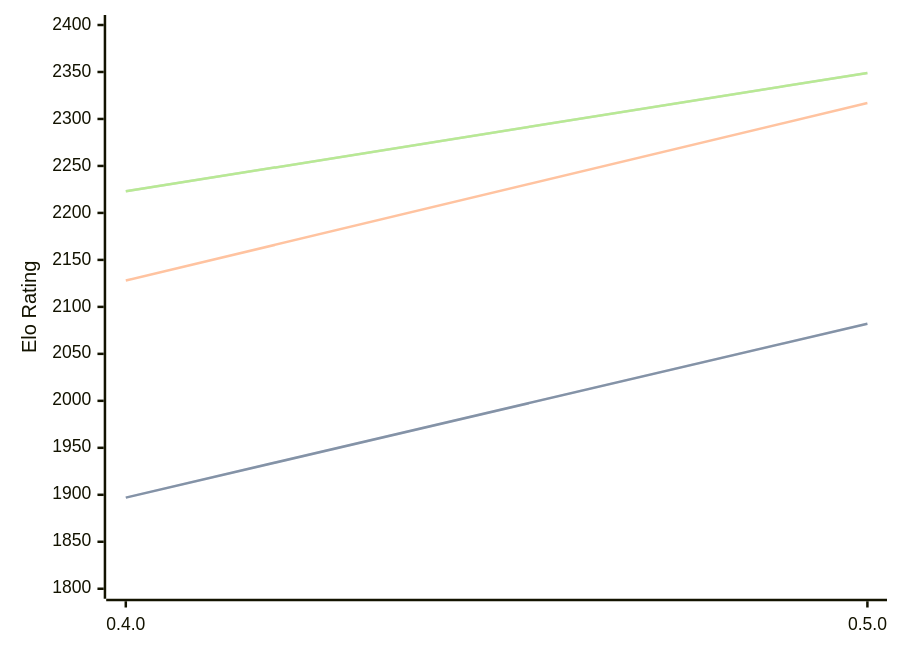
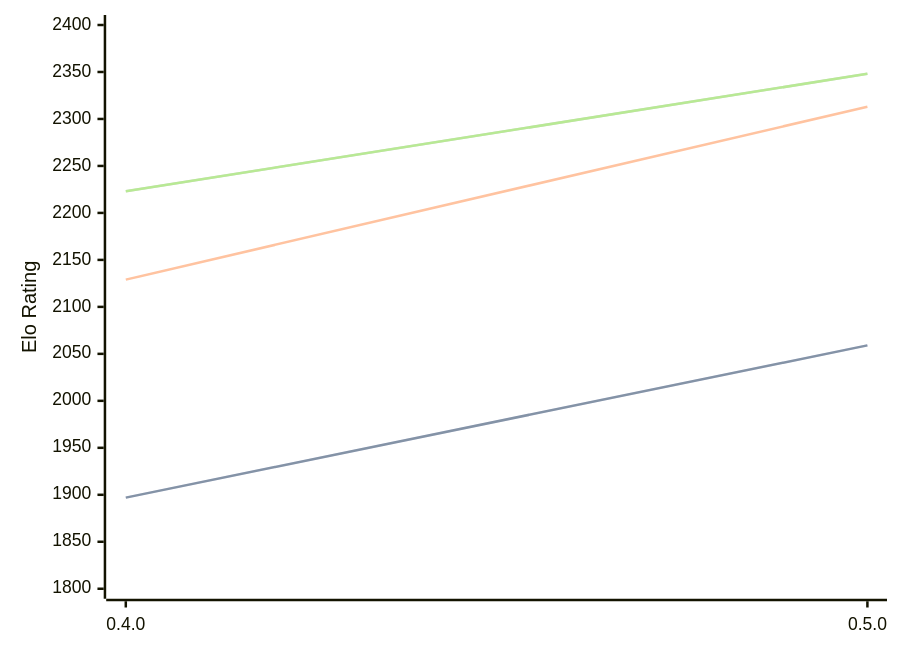
One commit to computer-chess-index/cci changed the diagram in engines/Atenika.md. Above: the diagram before and after it, drawn with Mermaid. The commit also changed other lines of this file, not shown here.

Commit message:
Update CCI Ratings (ELO VLTC) - 2026-09-07

````diff
--- a/engines/Atenika.md
+++ b/engines/Atenika.md
@@ -32,11 +32,11 @@
 ```mermaid
 %%{init: {"theme":"base","themeVariables":{"seriesColors:['#a3a3a3','#222221','#faa371']}}}%%
 xychart-beta
   x-axis ["0.4.0", "0.5.0"]
   y-axis "Elo Rating" 1800 --> 2400
-  line "" [1897, 2082]
-  line "STC (8.0+0.08s)" [1897, 2082]
-  line "LTC (60.0+0.60s)" [2128, 2317]
-  line "" [2223, 2349]
-  line "VLTC (2m24s+1.12s)" [2223, 2349]
+  line "" [1897, 2059]
+  line "STC (8.0+0.08s)" [1897, 2059]
+  line "LTC (60.0+0.60s)" [2129, 2313]
+  line "" [2223, 2348]
+  line "VLTC (2m24s+1.12s)" [2223, 2348]
 ```
````
